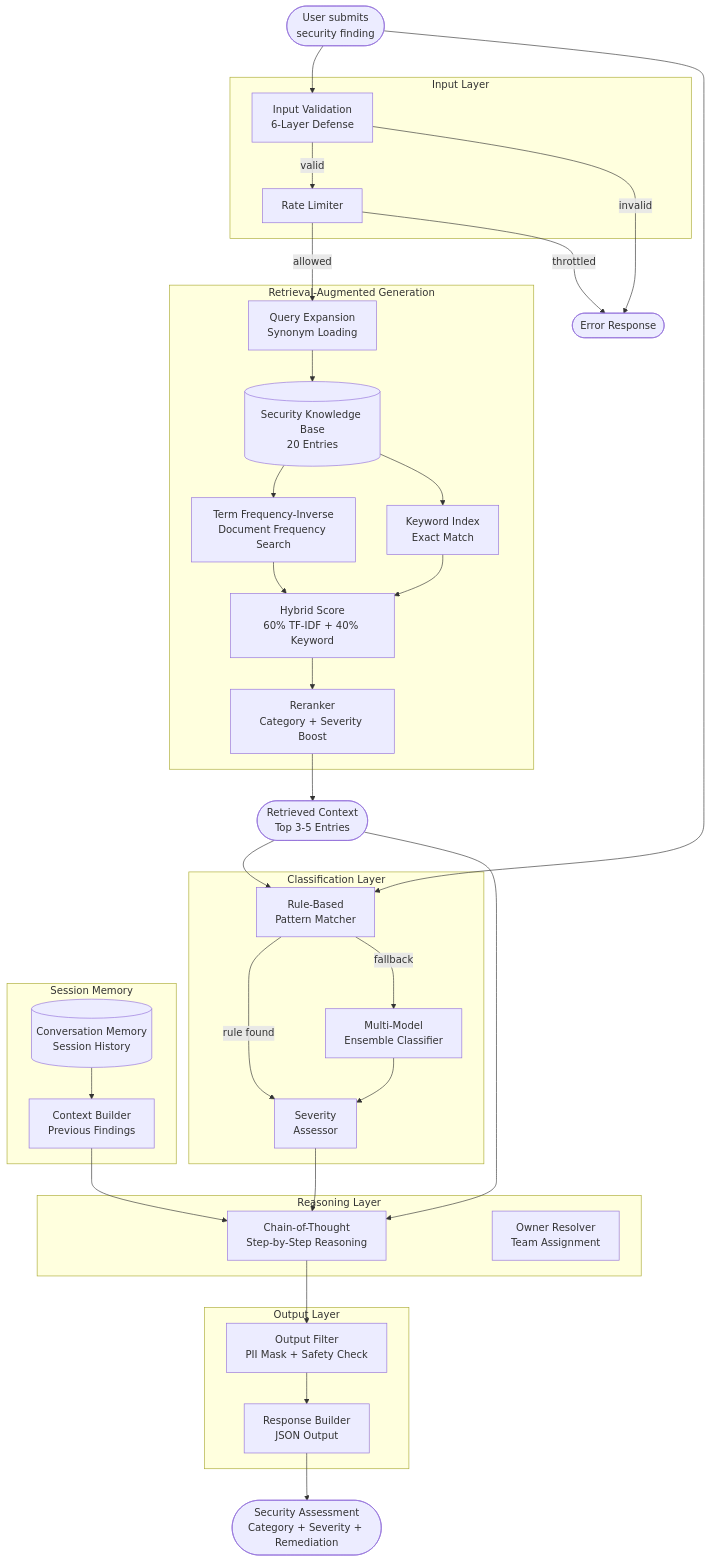
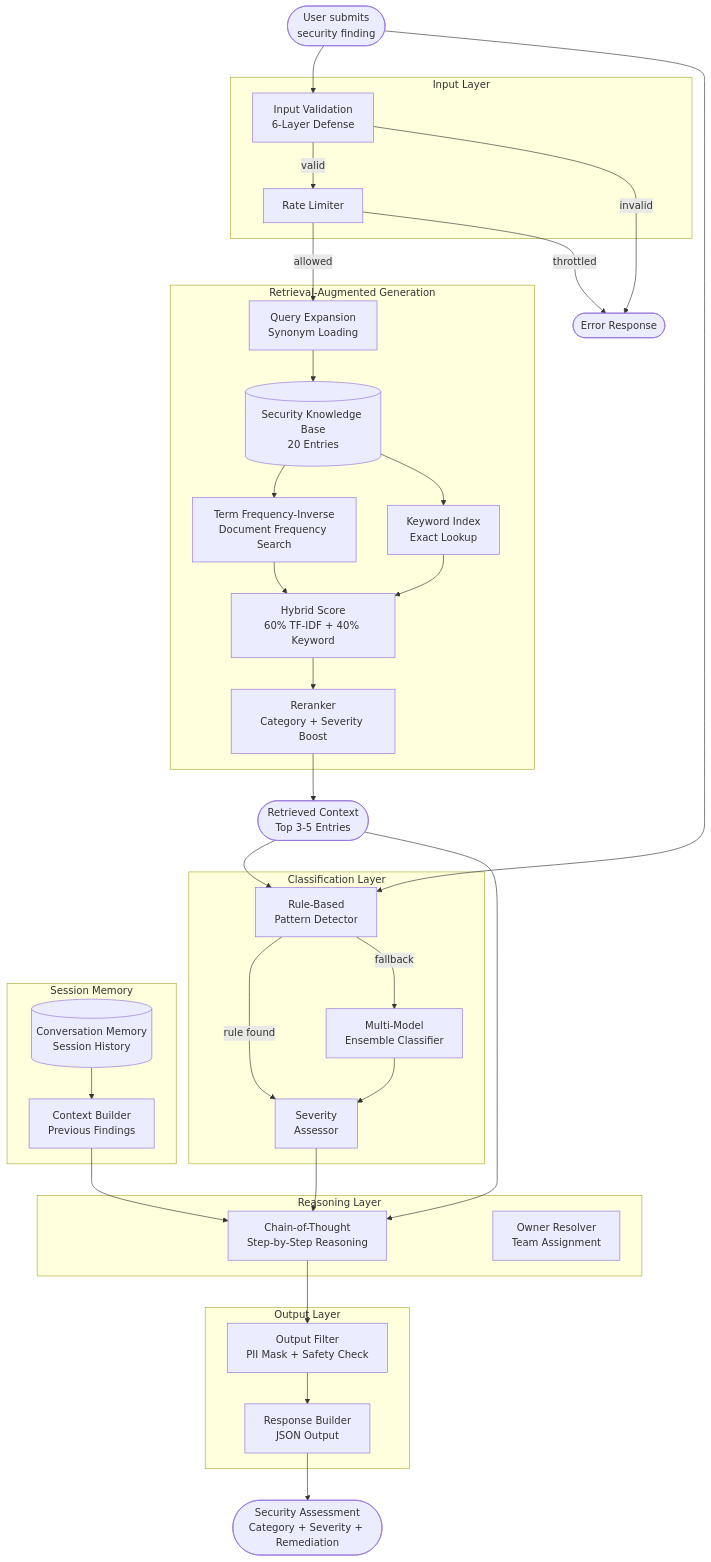
One commit to tukue/devsecops-platform-agent changed the first of 10 diagrams in README.md. Above: the diagram before and after it, drawn with Mermaid. The commit also changed other lines of this file, not shown here.

Commit message:
Update diagram labels for clarity

````diff
--- a/README.md
+++ b/README.md
@@ -119,68 +119,68 @@
 ```mermaid
 flowchart TB
     User([User submits\nsecurity finding])
 
     subgraph INPUT["Input Layer"]
         V[Input Validation\n6-Layer Defense]
         RL[Rate Limiter]
     end
 
     subgraph RAG["Retrieval-Augmented Generation"]
         QE[Query Expansion\nSynonym Loading]
         TFIDF["Term Frequency-Inverse\nDocument Frequency Search"]
-        KW["Keyword Index\nExact Match"]
+        KW["Keyword Index\nExact Lookup"]
         HS["Hybrid Score\n60% TF-IDF + 40% Keyword"]
         RR["Reranker\nCategory + Severity Boost"]
         KB[("Security Knowledge Base\n20 Entries")]
     end
 
     subgraph CLASSIFY["Classification Layer"]
-        RULE["Rule-Based\nPattern Matcher"]
+        RULE["Rule-Based\nPattern Detector"]
         ENSEMBLE["Multi-Model\nEnsemble Classifier"]
         SEV["Severity\nAssessor"]
     end
 
     subgraph MEMORY["Session Memory"]
         MEM[("Conversation Memory\nSession History")]
         CTX["Context Builder\nPrevious Findings"]
     end
 
     subgraph REASON["Reasoning Layer"]
         COT["Chain-of-Thought\nStep-by-Step Reasoning"]
         owner["Owner Resolver\nTeam Assignment"]
     end
 
     subgraph OUTPUT["Output Layer"]
         OF["Output Filter\nPII Mask + Safety Check"]
         RESP["Response Builder\nJSON Output"]
     end
 
     User --> V
     V -->|valid| RL
     V -->|invalid| ERR([Error Response])
     RL -->|allowed| QE
     RL -->|throttled| ERR
 
     QE --> KB
     KB --> TFIDF
     KB --> KW
     TFIDF --> HS
     KW --> HS
     HS --> RR
     RR --> RAG_OUT([Retrieved Context\nTop 3-5 Entries])
 
     RAG_OUT --> RULE
     User --> RULE
     RULE -->|rule found| SEV
     RULE -->|fallback| ENSEMBLE
     ENSEMBLE --> SEV
 
     SEV --> COT
     RAG_OUT --> COT
     MEM --> CTX
     CTX --> COT
 
     COT --> OF
     OF --> RESP
     RESP --> RESULT([Security Assessment\nCategory + Severity + Remediation])
 ```
````
